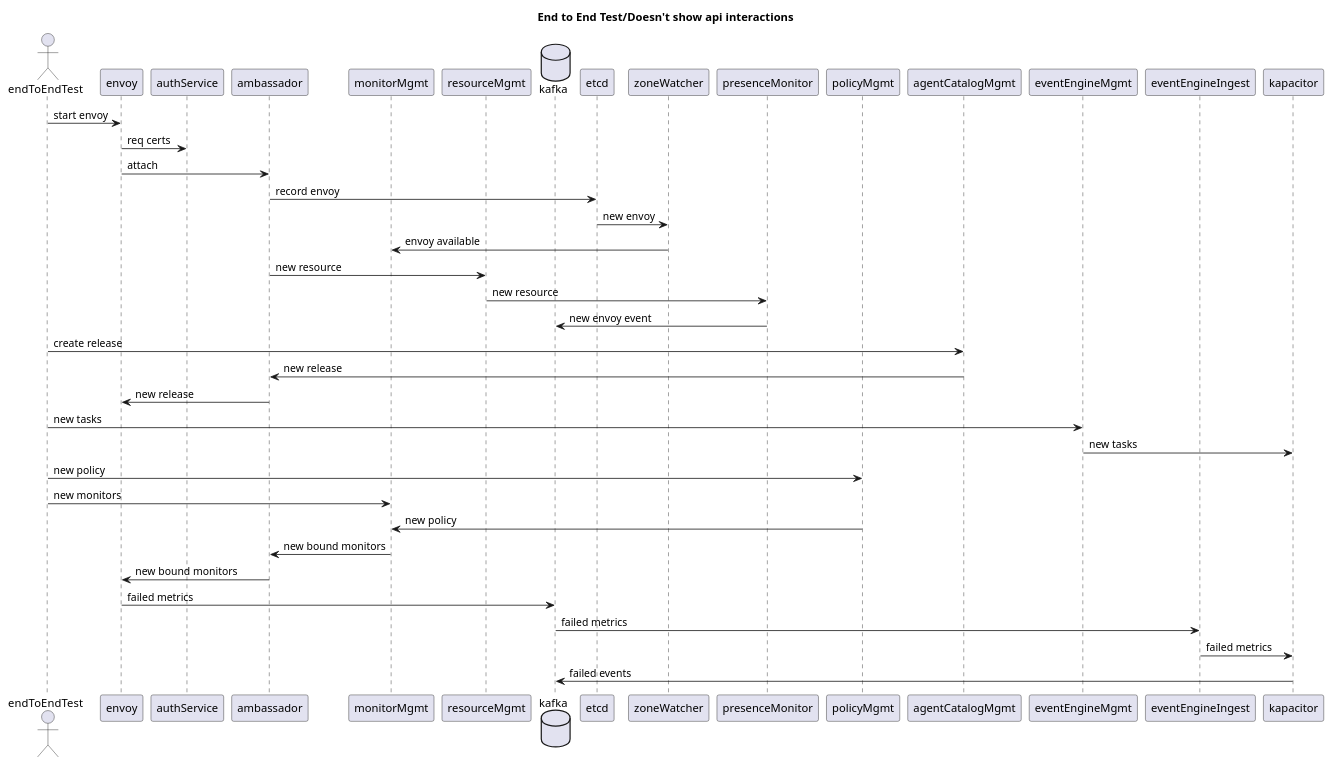
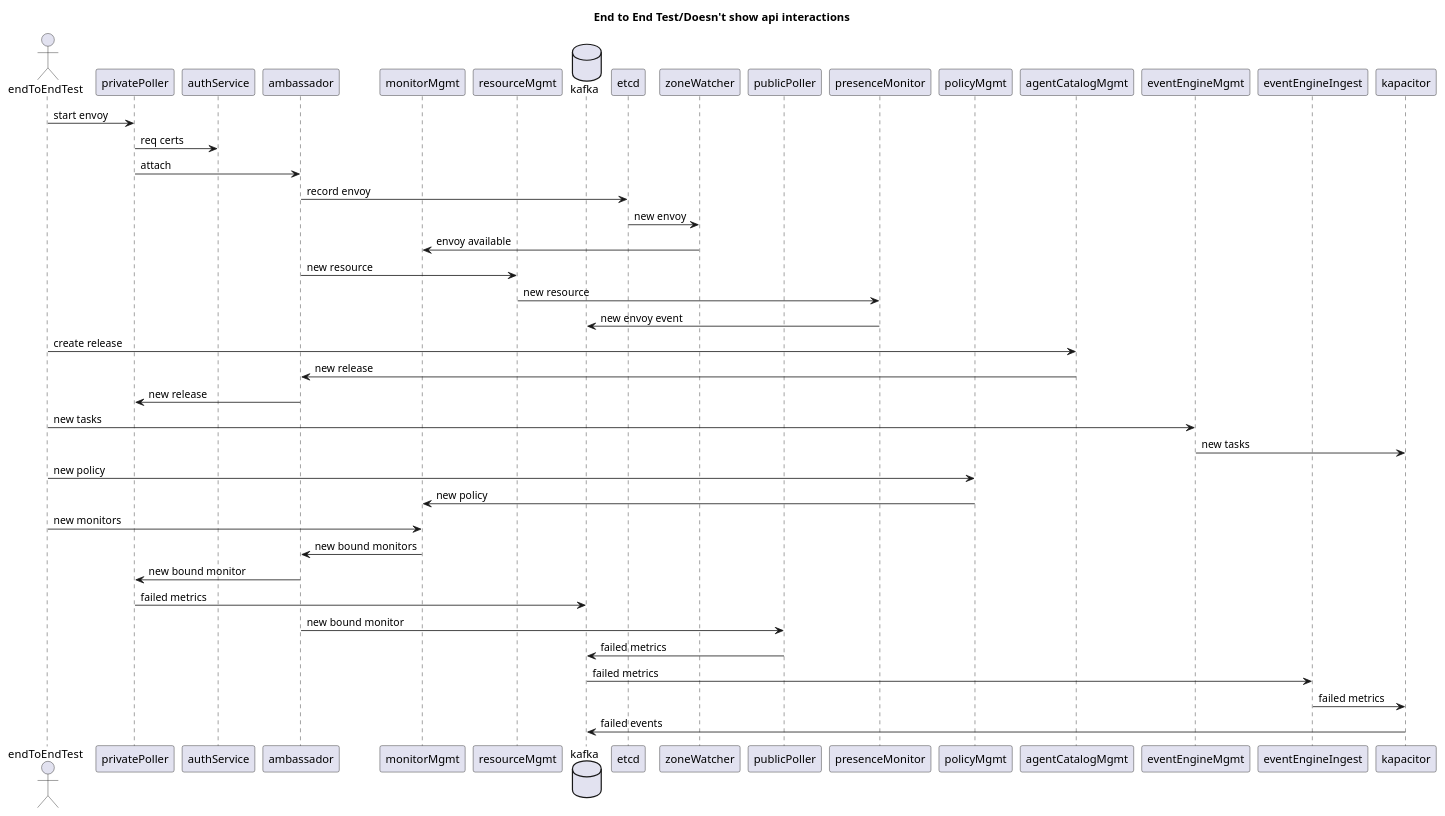
One commit to racker/salus-docs changed the diagram in design/end-to-end-test/diagram.puml. Above: the diagram before and after it, drawn with PlantUML.

Commit message:
added public poller

```diff
--- a/design/end-to-end-test/diagram.puml
+++ b/design/end-to-end-test/diagram.puml
@@ -1,46 +1,49 @@
 @startuml
 
 title End to End Test/Doesn't show api interactions
 
 actor endToEndTest as e2et
-participant envoy as en
+participant privatePoller as en
 participant authService as auth
 participant ambassador as amb
 participant monitorMgmt as mm
 participant resourceMgmt as rm
 database kafka
 participant etcd
 participant zoneWatcher as zw
+participant publicPoller as pubP
 participant presenceMonitor as preM
 participant policyMgmt as polM
 participant agentCatalogMgmt as acm
 participant eventEngineMgmt as eem
 participant eventEngineIngest as eei
 participant kapacitor as kap
 
 
 e2et -> en: start envoy
 en -> auth: req certs
 en -> amb: attach
 amb -> etcd: record envoy
 etcd -> zw: new envoy
 zw -> mm: envoy available
 amb -> rm: new resource
 rm -> preM: new resource
 preM -> kafka: new envoy event
 e2et -> acm: create release
 acm -> amb: new release
 amb -> en: new release
 e2et -> eem: new tasks
 eem -> kap: new tasks
 e2et -> polM: new policy
+polM -> mm: new policy
 e2et -> mm: new monitors
-polM -> mm: new policy
 mm -> amb: new bound monitors
-amb -> en: new bound monitors
+amb -> en: new bound monitor
 en -> kafka: failed metrics
+amb -> pubP: new bound monitor
+pubP -> kafka: failed metrics
 kafka -> eei: failed metrics
 eei -> kap: failed metrics
 kap -> kafka: failed events
 
 @enduml
```
